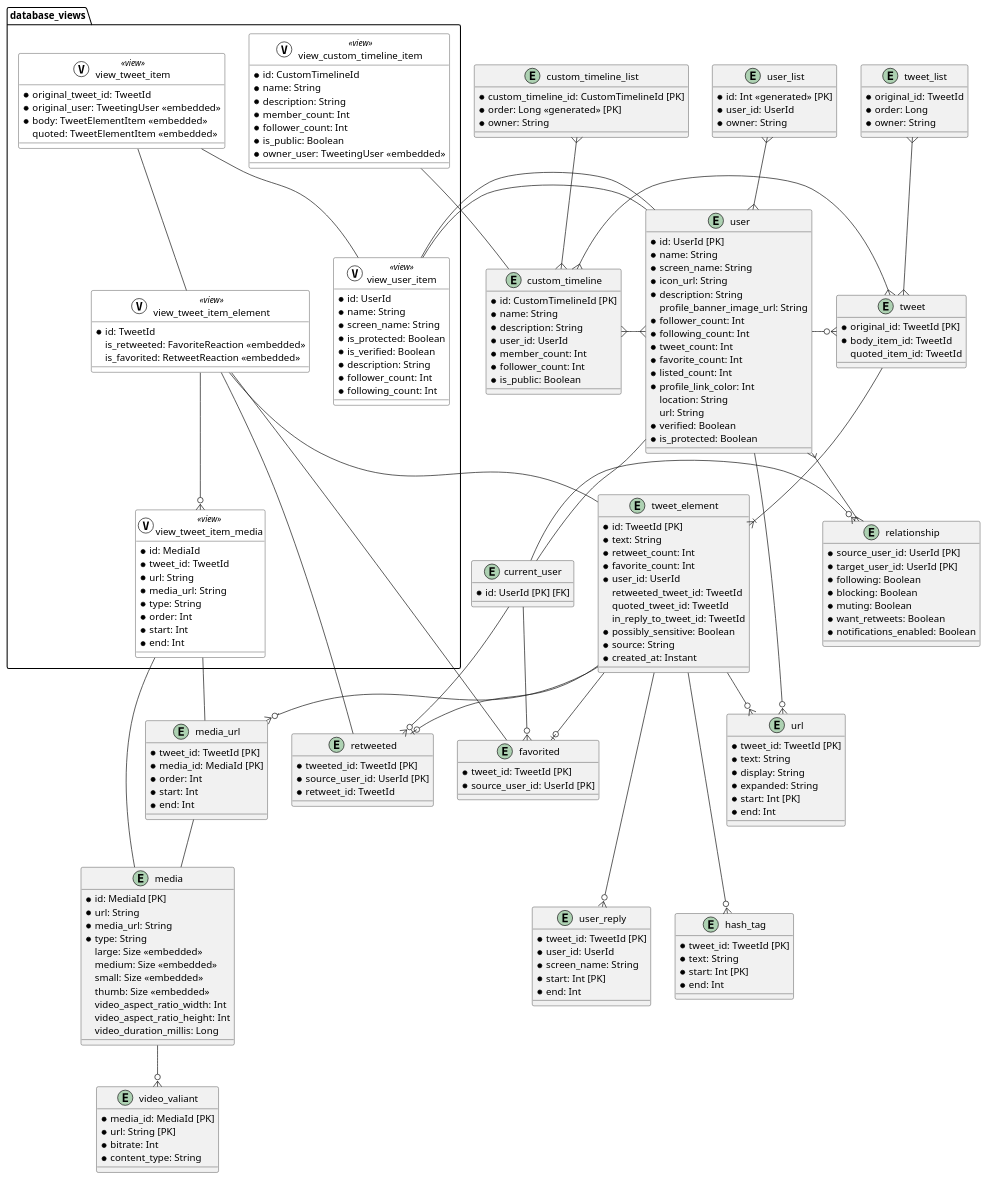
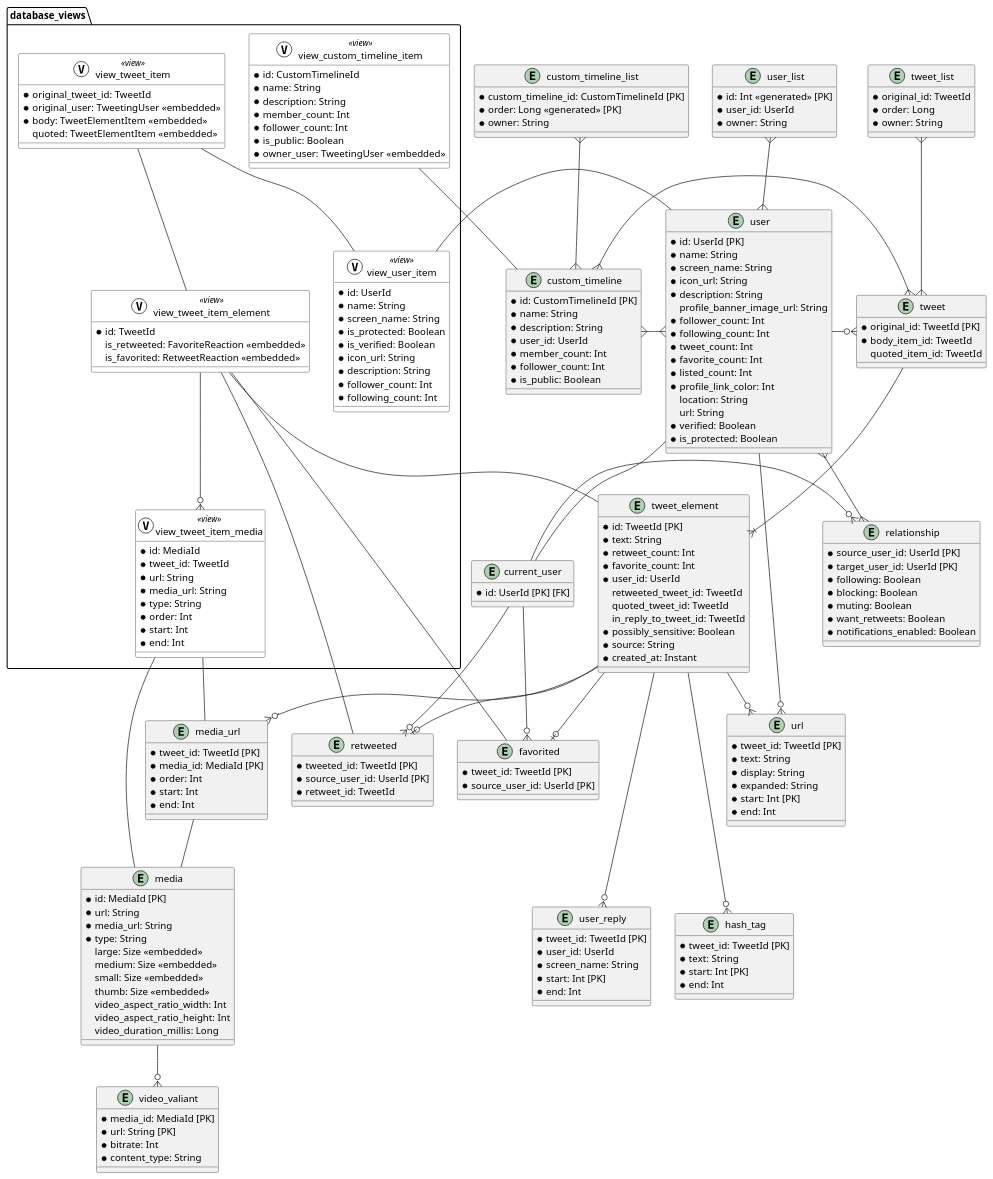
One commit to akihito104/UdonRoad2 changed the diagram in docs/er_overview_v2.puml. Above: the diagram before and after it, drawn with PlantUML. The commit also changed 6 other files, not shown here.

```diff
--- a/docs/er_overview_v2.puml
+++ b/docs/er_overview_v2.puml
@@ -216,6 +216,7 @@
     * screen_name: String
     * is_protected: Boolean
     * is_verified: Boolean
+    * icon_url: String
     * description: String
     * follower_count: Int
     * following_count: Int
@@ -229,8 +230,6 @@
   view_tweet_item_element -- retweeted
   view_tweet_item_element --o{ view_tweet_item_media
 
-  view_user_item - user
-
   view_tweet_item_media - media_url
   view_tweet_item_media - media
 
```
